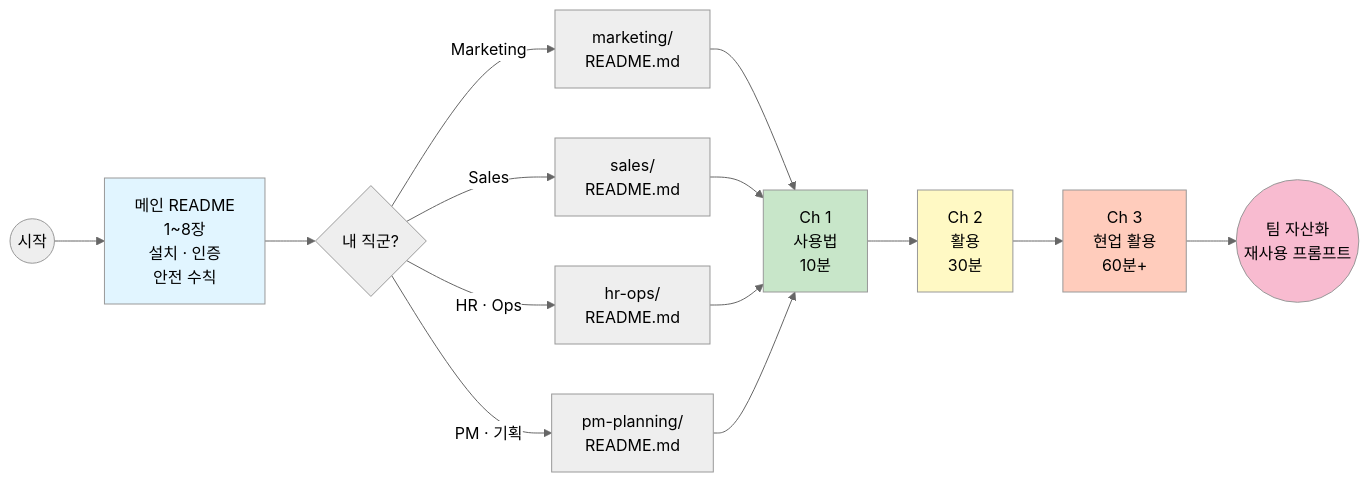
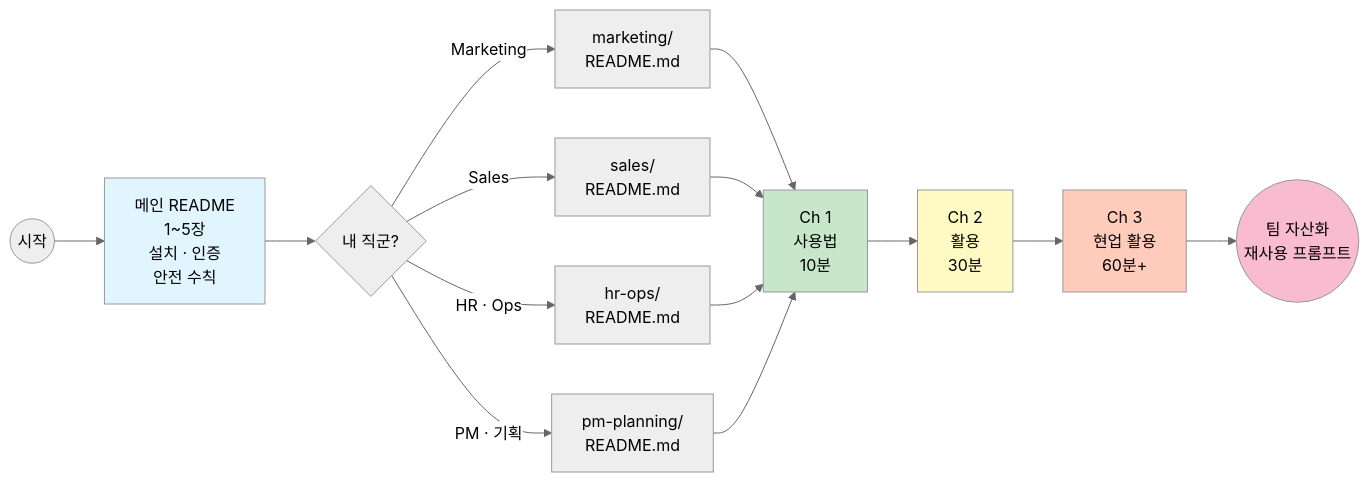
Before and after one commit to Non-dev-copilot-group/copilot-cli-guide: the second of 3 diagrams in README.md, drawn with Mermaid (neutral theme). The commit also changed other lines of this file, not shown here.

````diff
--- a/README.md
+++ b/README.md
@@ -445,22 +281,22 @@
 ```mermaid
 flowchart LR
-    Start((시작)) --> Setup["메인 README<br/>1~8장<br/>설치 · 인증<br/>안전 수칙"]
+    Start((시작)) --> Setup["메인 README<br/>1~5장<br/>설치 · 인증<br/>안전 수칙"]
     Setup --> Role{"내 직군?"}
     Role -->|Marketing| M["marketing/<br/>README.md"]
     Role -->|Sales| S["sales/<br/>README.md"]
     Role -->|HR · Ops| H["hr-ops/<br/>README.md"]
     Role -->|PM · 기획| P["pm-planning/<br/>README.md"]
     M --> Ch1["Ch 1<br/>사용법<br/>10분"]
     S --> Ch1
     H --> Ch1
     P --> Ch1
     Ch1 --> Ch2["Ch 2<br/>활용<br/>30분"]
     Ch2 --> Ch3["Ch 3<br/>현업 활용<br/>60분+"]
     Ch3 --> Done((팀 자산화<br/>재사용 프롬프트))
 
     style Setup fill:#e1f5ff
     style Ch1 fill:#c8e6c9
     style Ch2 fill:#fff9c4
     style Ch3 fill:#ffccbc
     style Done fill:#f8bbd0
 ```
````
